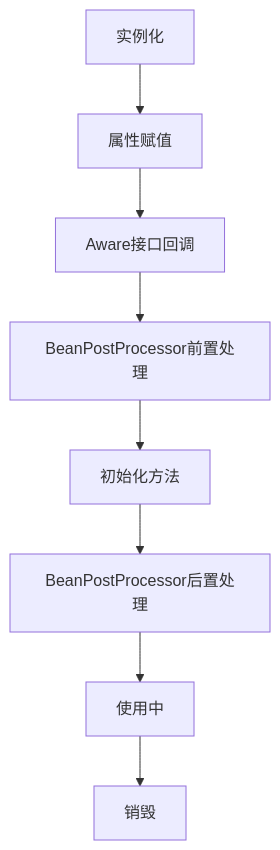
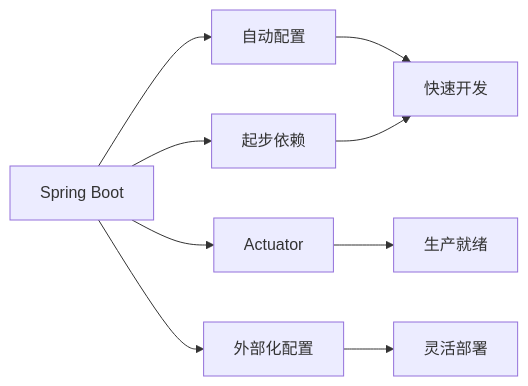
Before and after one commit to lettlehan/hans-blog: the second of 2 diagrams in content/good-work/Spring boot.md, drawn with Mermaid. The commit also changed other lines of this file, not shown here.

````diff
--- a/content/good-work/Spring boot.md
+++ b/content/good-work/Spring boot.md
@@ -571,10 +248,11 @@
 ```mermaid
-graph TD
-    A[实例化] --> B[属性赋值]
-    B --> C[Aware接口回调]
-    C --> D[BeanPostProcessor前置处理]
-    D --> E[初始化方法]
-    E --> F[BeanPostProcessor后置处理]
-    F --> G[使用中]
-    G --> H[销毁]
+graph LR
+    A[Spring Boot] --> B[自动配置]
+    A --> C[起步依赖]
+    A --> D[Actuator]
+    A --> E[外部化配置]
+    B --> F[快速开发]
+    C --> F
+    D --> G[生产就绪]
+    E --> H[灵活部署]
 ```
````
